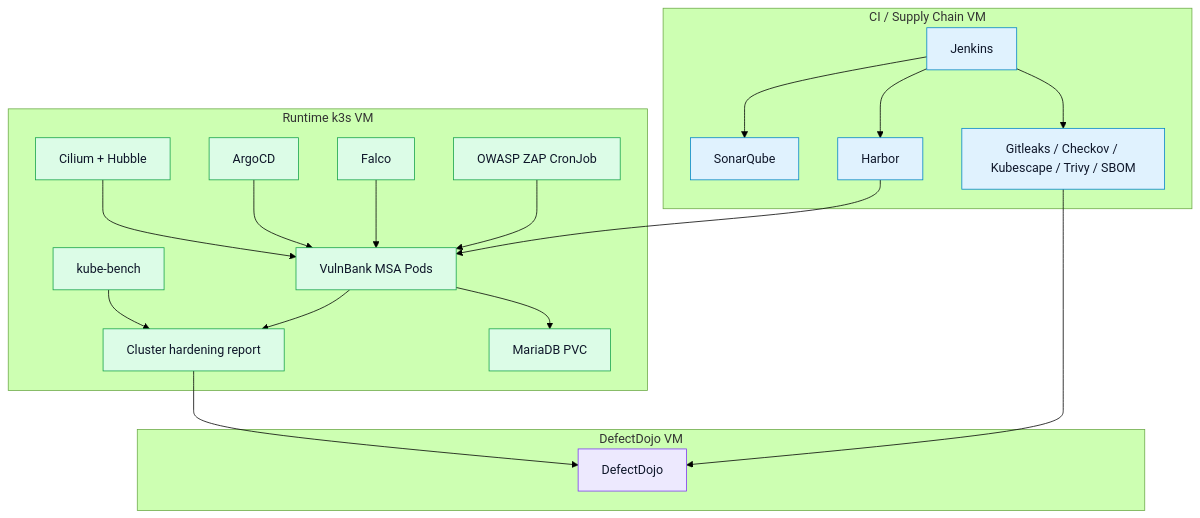
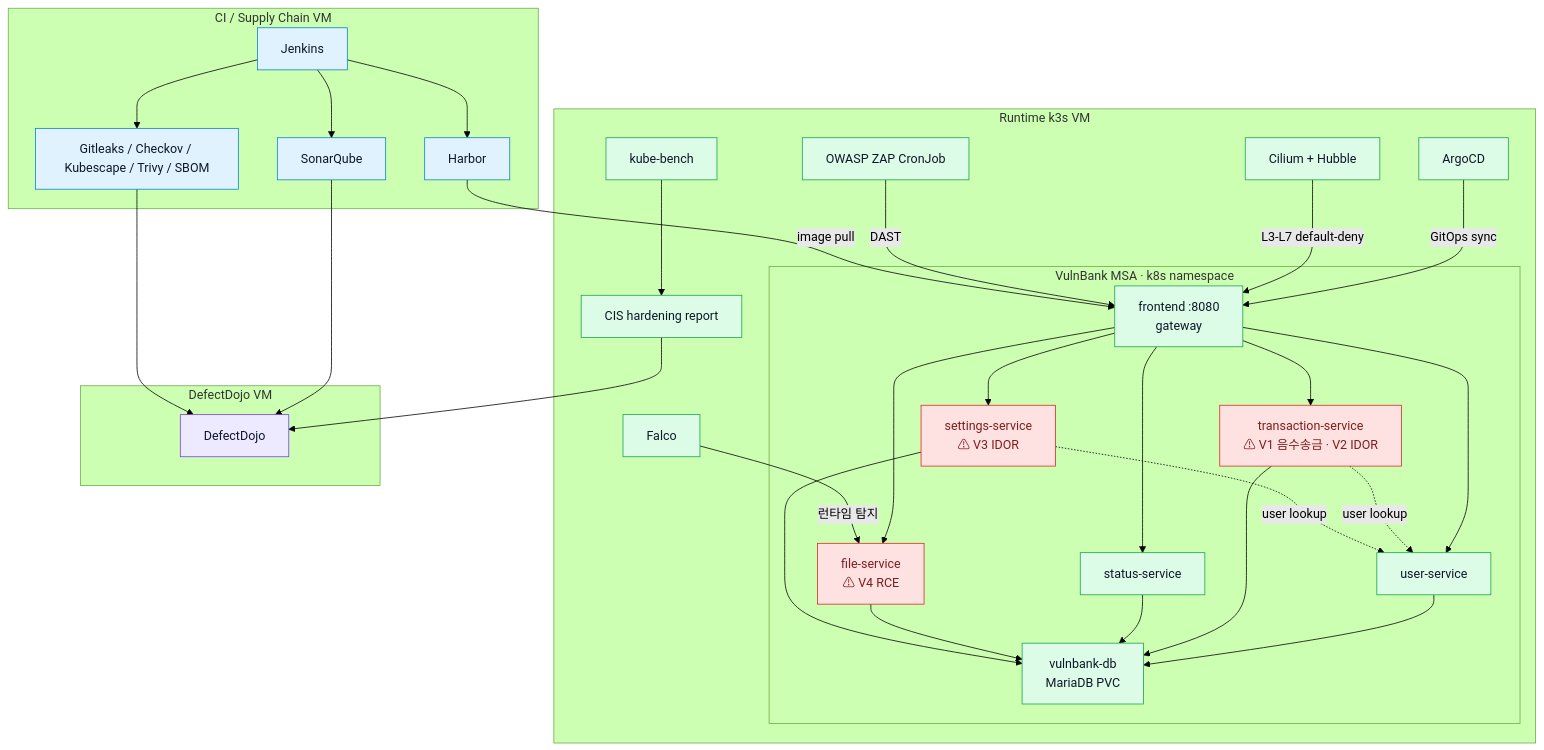
The second of 2 diagrams in docs/architecture.md (securious-DecSecOps/secubank-docs), drawn with Mermaid (forest theme) before and after one commit. The commit also changed other lines of this file and 5 other files, not shown here.

Commit message:
아키텍처 다이어그램 상세화 + 한계·향후 페이지 추가: 런타임 6개 Pod 개별 표시·취약 서비스 강조·도구 연결 화살표, SNS 구현 반영, 한계/로드맵 정리 완료

````diff
--- a/docs/architecture.md
+++ b/docs/architecture.md
@@ -61,45 +61,56 @@
 ```mermaid
 flowchart TB
     subgraph CI["CI / Supply Chain VM"]
       Jenkins["Jenkins"]
       Harbor["Harbor"]
       Sonar["SonarQube"]
       Tools["Gitleaks / Checkov / Kubescape / Trivy / SBOM"]
       Jenkins --> Tools
       Jenkins --> Harbor
       Jenkins --> Sonar
     end
 
     subgraph Runtime["Runtime k3s VM"]
+      ArgoCD["ArgoCD"]
       Cilium["Cilium + Hubble"]
-      ArgoCD["ArgoCD"]
       Falco["Falco"]
       KubeBench["kube-bench"]
       ZAP["OWASP ZAP CronJob"]
-      App["VulnBank MSA Pods"]
-      DB["MariaDB PVC"]
-      ArgoCD --> App
-      App --> DB
-      Cilium --> App
-      Falco --> App
-      KubeBench --> RuntimeReport["Cluster hardening report"]
-      ZAP --> App
-      App --> RuntimeReport
+      subgraph NS["VulnBank MSA · k8s namespace"]
+        FE["frontend :8080<br/>gateway"]
+        USR["user-service"]
+        TXN["transaction-service<br/>⚠ V1 음수송금 · V2 IDOR"]
+        STS["status-service"]
+        FIL["file-service<br/>⚠ V4 RCE"]
+        SET["settings-service<br/>⚠ V3 IDOR"]
+        DB["vulnbank-db<br/>MariaDB PVC"]
+        FE --> USR & TXN & STS & FIL & SET
+        TXN -.user lookup.-> USR
+        SET -.user lookup.-> USR
+        USR & TXN & STS & FIL & SET --> DB
+      end
+      ArgoCD -->|GitOps sync| FE
+      Cilium -->|L3-L7 default-deny| FE
+      Falco -->|런타임 탐지| FIL
+      ZAP -->|DAST| FE
+      KubeBench --> RuntimeReport["CIS hardening report"]
     end
 
     subgraph Triage["DefectDojo VM"]
       DD["DefectDojo"]
     end
 
-    Harbor --> App
+    Harbor -->|image pull| FE
+    Sonar --> DD
     Tools --> DD
     RuntimeReport --> DD
 
     classDef ci fill:#e0f2fe,stroke:#0284c7,color:#0f172a
     classDef runtime fill:#dcfce7,stroke:#16a34a,color:#0f172a
-    classDef security fill:#fef3c7,stroke:#d97706,color:#0f172a
+    classDef vuln fill:#fee2e2,stroke:#dc2626,color:#7f1d1d
     classDef triage fill:#ede9fe,stroke:#7c3aed,color:#0f172a
     class Jenkins,Harbor,Sonar,Tools ci
-    class Cilium,ArgoCD,Falco,KubeBench,ZAP,App,DB,RuntimeReport runtime
+    class ArgoCD,Cilium,Falco,KubeBench,ZAP,FE,USR,STS,DB,RuntimeReport runtime
+    class TXN,FIL,SET vuln
     class DD triage
 ```
````
